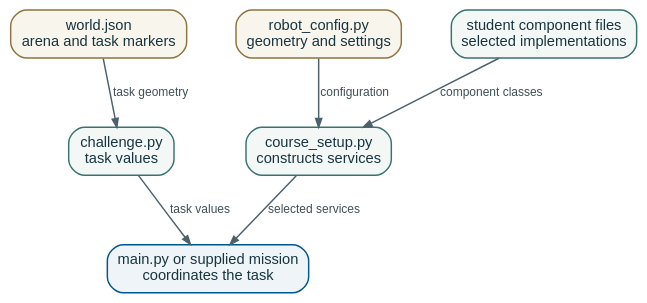
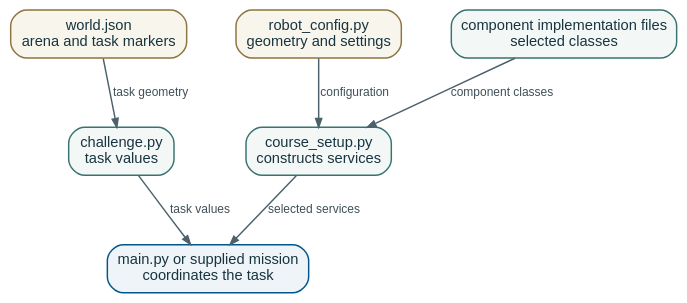
One commit to yonvisell/ucsbxrp changed the diagram in docs/diagrams/project-structure.dot. Above: the diagram before and after it, drawn with Graphviz. The commit also changed 14 other files, not shown here.

```diff
--- a/docs/diagrams/project-structure.dot
+++ b/docs/diagrams/project-structure.dot
@@ -1,48 +1,48 @@
 digraph ProjectStructure {
   graph [
     bgcolor="transparent",
     fontname="Arial",
     nodesep=0.52,
     pad=0.08,
     rankdir=TB,
     ranksep=0.58,
     splines=polyline
   ];
   node [
     color="#667984",
     fillcolor="#ffffff",
     fontcolor="#17343f",
     fontname="Arial",
     fontsize=11,
     margin="0.13,0.08",
     penwidth=1.1,
     shape=box,
     style="rounded,filled"
   ];
   edge [
     arrowsize=0.65,
     color="#4d616b",
     fontcolor="#3f5058",
     fontname="Arial",
     fontsize=9,
     penwidth=1.1
   ];
 
   world [label="world.json\narena and task markers", color="#8d7440", fillcolor="#f8f5ed"];
   challenge [label="challenge.py\ntask values", color="#39736f", fillcolor="#f3f8f7"];
 
   config [label="robot_config.py\ngeometry and settings", color="#8d7440", fillcolor="#f8f5ed"];
-  components [label="student component files\nselected implementations", color="#39736f", fillcolor="#f3f8f7"];
+  components [label="component implementation files\nselected classes", color="#39736f", fillcolor="#f3f8f7"];
   setup [label="course_setup.py\nconstructs services", color="#39736f", fillcolor="#f3f8f7"];
 
   program [label="main.py or supplied mission\ncoordinates the task", color="#00588a", fillcolor="#eef4f7"];
 
   { rank=same; world; config; components; }
   { rank=same; challenge; setup; }
 
   world -> challenge [label="task geometry"];
   challenge -> program [label="task values"];
   config -> setup [label="configuration"];
   components -> setup [label="component classes"];
   setup -> program [label="selected services"];
 }
```
